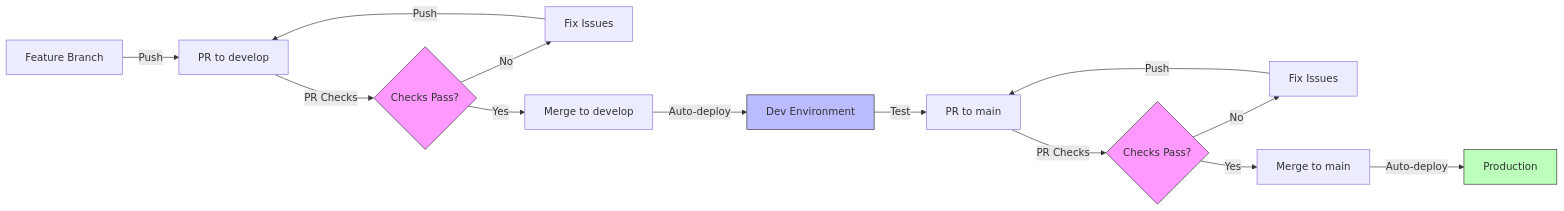
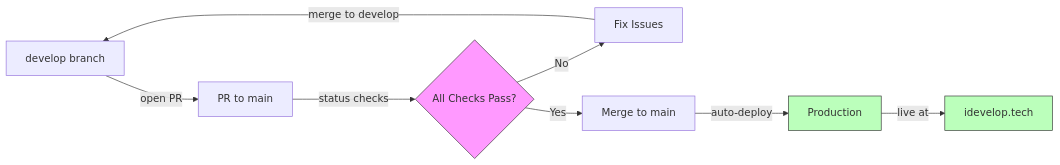
The third of 4 diagrams in README.md (mattlucian/idevelop.tech), drawn with Mermaid before and after one commit. The commit also changed other lines of this file, not shown here.

First line of the commit message:
refactor: Break down CI/CD workflow into focused diagrams

````diff
--- a/README.md
+++ b/README.md
@@ -79,20 +135,14 @@
 ```mermaid
 graph LR
-    A[Feature Branch] -->|Push| B[PR to develop]
-    B -->|PR Checks| C{Checks Pass?}
+    A[develop branch] -->|open PR| B[PR to main]
+    B -->|status checks| C{All Checks Pass?}
     C -->|No| D[Fix Issues]
-    D -->|Push| B
-    C -->|Yes| E[Merge to develop]
-    E -->|Auto-deploy| F[Dev Environment]
-    F -->|Test| G[PR to main]
-    G -->|PR Checks| H{Checks Pass?}
-    H -->|No| I[Fix Issues]
-    I -->|Push| G
-    H -->|Yes| J[Merge to main]
-    J -->|Auto-deploy| K[Production]
+    D -->|merge to develop| A
+    C -->|Yes| E[Merge to main]
+    E -->|auto-deploy| F[Production]
+    F -->|live at| G[idevelop.tech]
 
     style C fill:#f9f,stroke:#333
-    style H fill:#f9f,stroke:#333
-    style F fill:#bbf,stroke:#333
-    style K fill:#bfb,stroke:#333
+    style F fill:#bfb,stroke:#333
+    style G fill:#bfb,stroke:#333
 ```
````
